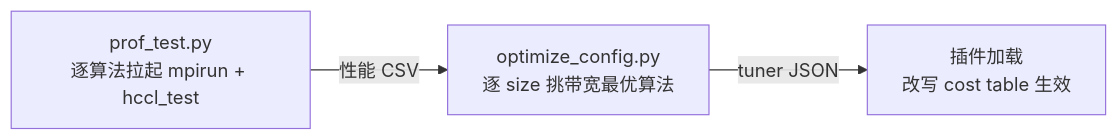
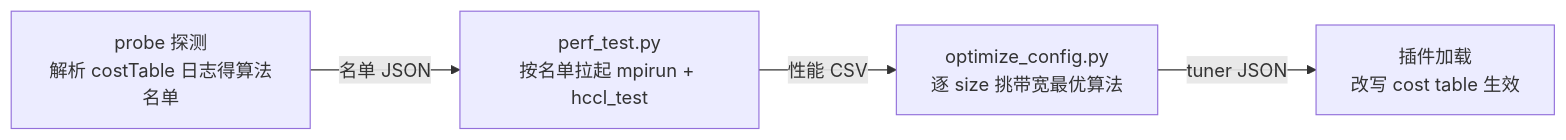
Before and after one commit to Atlas-Ascend-Fork/hccl: the diagram in examples/07_tuner_plugin/README.md, drawn with Mermaid. The commit also changed other lines of this file and 6 other files, not shown here.

````diff
--- a/examples/07_tuner_plugin/README.md
+++ b/examples/07_tuner_plugin/README.md
@@ -37,5 +37,5 @@
 ```mermaid
 flowchart LR
-    A["prof_test.py<br/>逐算法拉起 mpirun + hccl_test"] -->|"性能 CSV"| B["optimize_config.py<br/>逐 size 挑带宽最优算法"]
+    P["probe 探测<br/>解析 costTable 日志得算法名单"] -->|"名单 JSON"| A["perf_test.py<br/>按名单拉起 mpirun + hccl_test"] -->|"性能 CSV"| B["optimize_config.py<br/>逐 size 挑带宽最优算法"]
     B -->|"tuner JSON"| C["插件加载<br/>改写 cost table 生效"]
 ```
````
